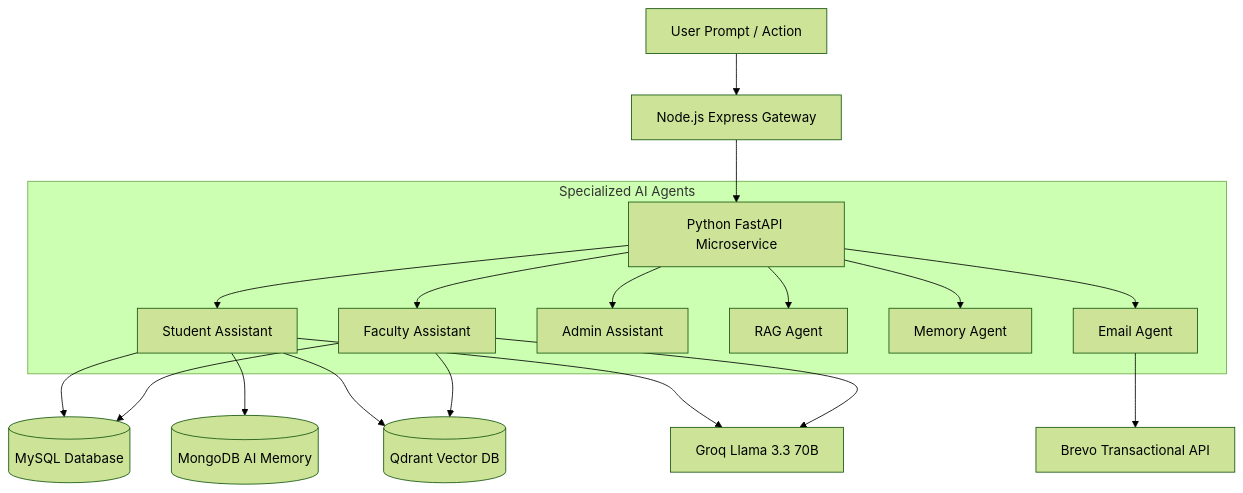
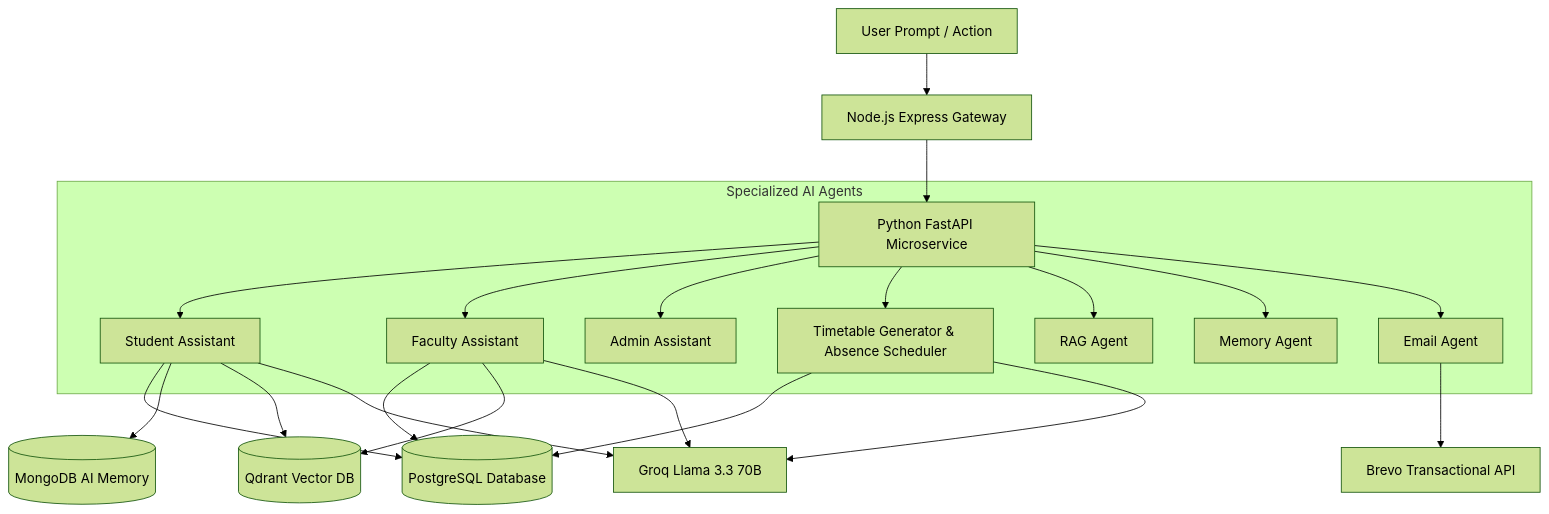
The diagram in docs/architecture.md (avinash2005bharti/MinorProject), drawn with Mermaid (forest theme) before and after one commit. The commit also changed other lines of this file and 292 other files, not shown here.

````diff
--- a/docs/architecture.md
+++ b/docs/architecture.md
@@ -65,25 +60,29 @@
 ```mermaid
 graph TD
     Client[User Prompt / Action] --> Gateway[Node.js Express Gateway]
     Gateway --> FastApi[Python FastAPI Microservice]
     
     subgraph Agents [Specialized AI Agents]
         FastApi --> StudentAgent[Student Assistant]
         FastApi --> FacultyAgent[Faculty Assistant]
         FastApi --> AdminAgent[Admin Assistant]
+        FastApi --> TimetableAgent[Timetable Generator & Absence Scheduler]
         FastApi --> RAGAgent[RAG Agent]
         FastApi --> MemoryAgent[Memory Agent]
         FastApi --> EmailAgent[Email Agent]
     end
     
-    StudentAgent --> MySQL[(MySQL Database)]
+    StudentAgent --> Postgres[(PostgreSQL Database)]
     StudentAgent --> Mongo[(MongoDB AI Memory)]
     StudentAgent --> Qdrant[(Qdrant Vector DB)]
     StudentAgent --> Groq[Groq Llama 3.3 70B]
     
-    FacultyAgent --> MySQL
+    FacultyAgent --> Postgres
     FacultyAgent --> Qdrant
     FacultyAgent --> Groq
+
+    TimetableAgent --> Postgres
+    TimetableAgent --> Groq
     
     EmailAgent --> Brevo[Brevo Transactional API]
 ```
````
